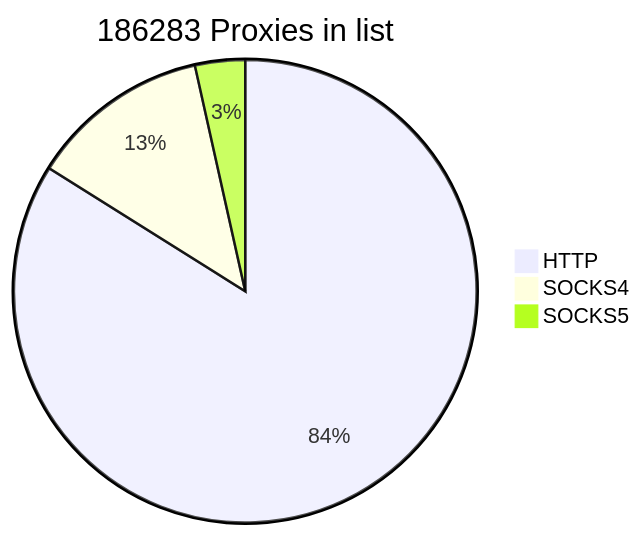
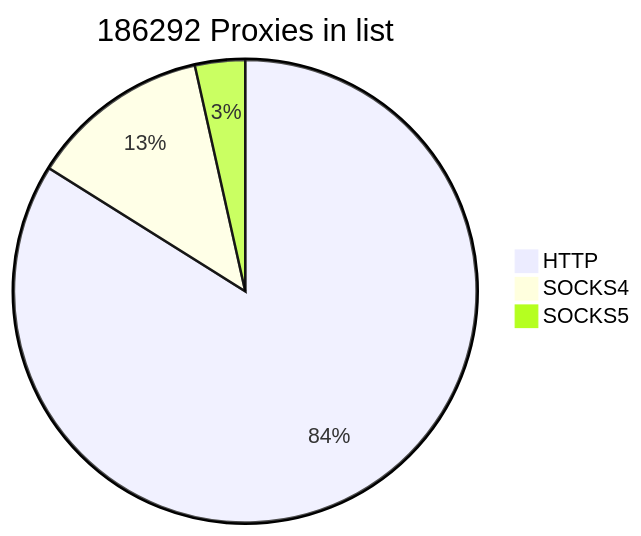
The first of 2 diagrams in README.md (cutipu/proxylist), drawn with Mermaid before and after one commit. The commit also changed other lines of this file, not shown here.

````diff
--- a/README.md
+++ b/README.md
@@ -2,7 +2,7 @@
 ```mermaid
-pie title 186283 Proxies in list
-    "HTTP" : 156324
-    "SOCKS4" : 23448
-    "SOCKS5" : 6511
+pie title 186292 Proxies in list
+    "HTTP" : 156323
+    "SOCKS4" : 23449
+    "SOCKS5" : 6520
             
 ```
````
